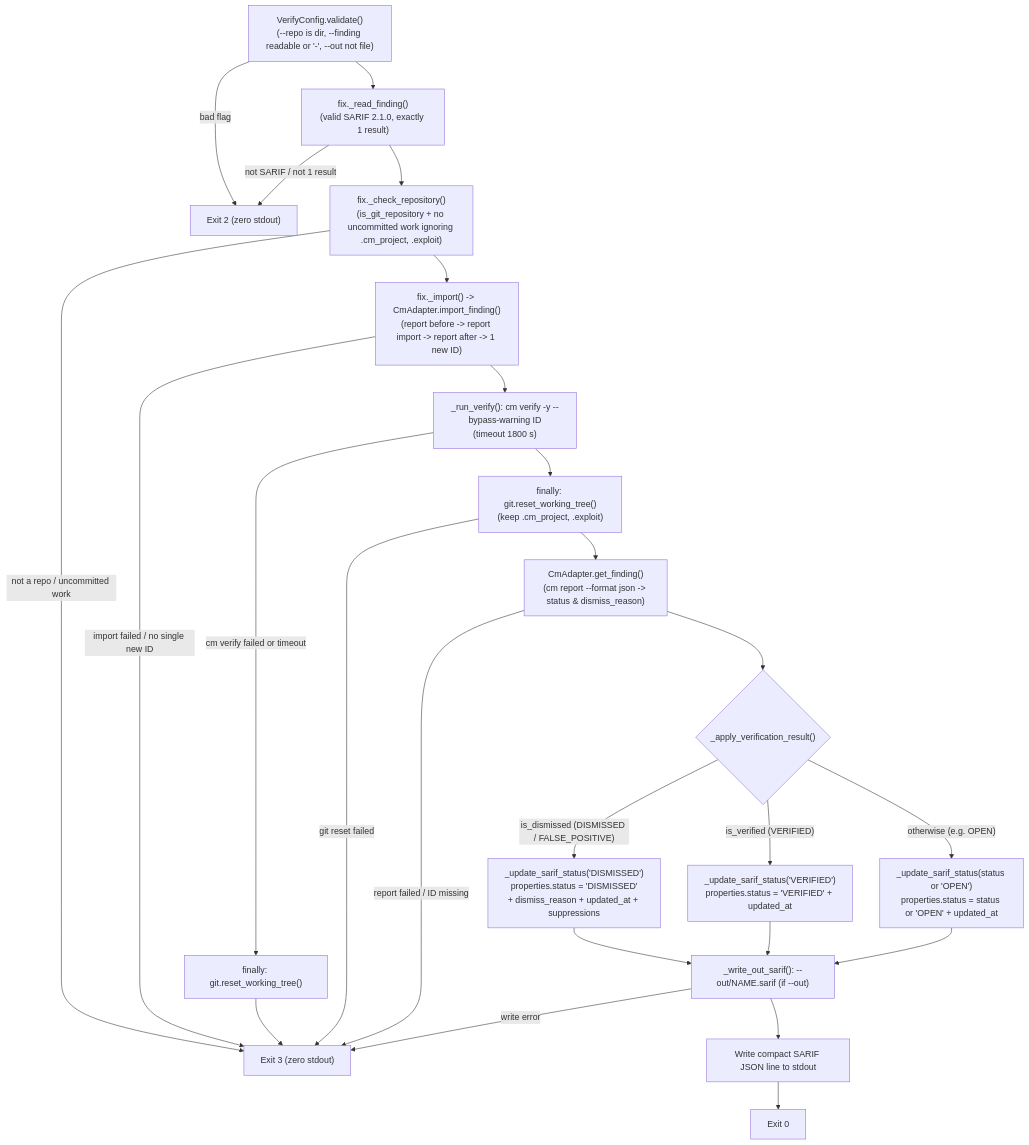
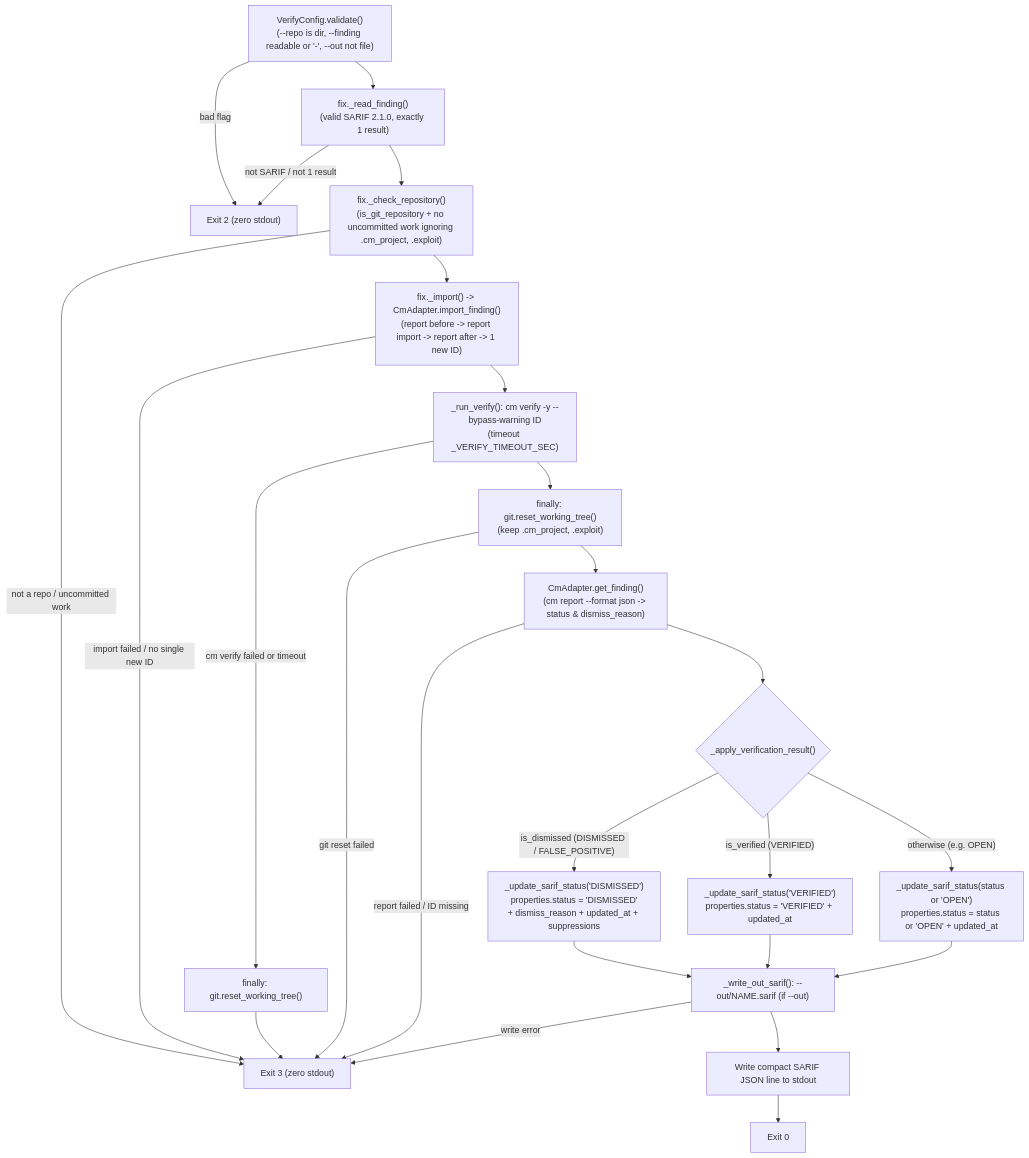
Before and after one commit to avnit/codemender-runner-mcp: the diagram in docs/openspec/specs/verify/design.md, drawn with Mermaid. The commit also changed other lines of this file and 10 other files, not shown here.

````diff
--- a/docs/openspec/specs/verify/design.md
+++ b/docs/openspec/specs/verify/design.md
@@ -414,50 +414,50 @@
 ```mermaid
 flowchart TD
     validate["VerifyConfig.validate()
 (--repo is dir, --finding readable or '-', --out not file)"]
     parse["fix._read_finding()
 (valid SARIF 2.1.0, exactly 1 result)"]
     git["fix._check_repository()
 (is_git_repository + no uncommitted work ignoring .cm_project, .exploit)"]
     import["fix._import() -> CmAdapter.import_finding()
 (report before -> report import -> report after -> 1 new ID)"]
     verify["_run_verify(): cm verify -y --bypass-warning ID
-(timeout 1800 s)"]
+(timeout _VERIFY_TIMEOUT_SEC)"]
     cleanup["finally: git.reset_working_tree()
 (keep .cm_project, .exploit)"]
     status["CmAdapter.get_finding()
 (cm report --format json -> status & dismiss_reason)"]
     outcome{"_apply_verification_result()"}
     mark_dismissed["_update_sarif_status('DISMISSED')
 properties.status = 'DISMISSED'
 + dismiss_reason + updated_at + suppressions"]
     mark_verified["_update_sarif_status('VERIFIED')
 properties.status = 'VERIFIED' + updated_at"]
     mark_open["_update_sarif_status(status or 'OPEN')
 properties.status = status or 'OPEN' + updated_at"]
     out["_write_out_sarif(): --out/NAME.sarif (if --out)"]
     emit["Write compact SARIF JSON line to stdout"]
     exit0["Exit 0"]
     exit2["Exit 2 (zero stdout)"]
     exit3["Exit 3 (zero stdout)"]
 
     validate -->|"bad flag"| exit2
     validate --> parse
     parse -->|"not SARIF / not 1 result"| exit2
     parse --> git
     git -->|"not a repo / uncommitted work"| exit3
     git --> import
     import -->|"import failed / no single new ID"| exit3
     import --> verify
     verify -->|"cm verify failed or timeout"| cleanup_err["finally: git.reset_working_tree()"] --> exit3
     verify --> cleanup
     cleanup -->|"git reset failed"| exit3
     cleanup --> status
     status -->|"report failed / ID missing"| exit3
     status --> outcome
     outcome -->|"is_dismissed (DISMISSED / FALSE_POSITIVE)"| mark_dismissed --> out
     outcome -->|"is_verified (VERIFIED)"| mark_verified --> out
     outcome -->|"otherwise (e.g. OPEN)"| mark_open --> out
     out -->|"write error"| exit3
     out --> emit --> exit0
 ```
````
